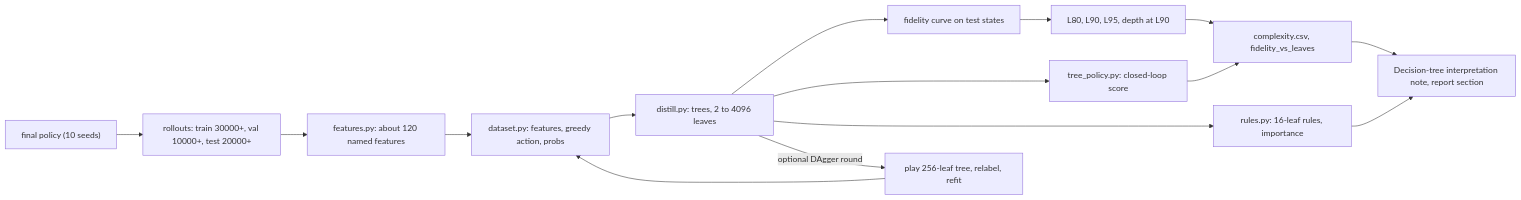
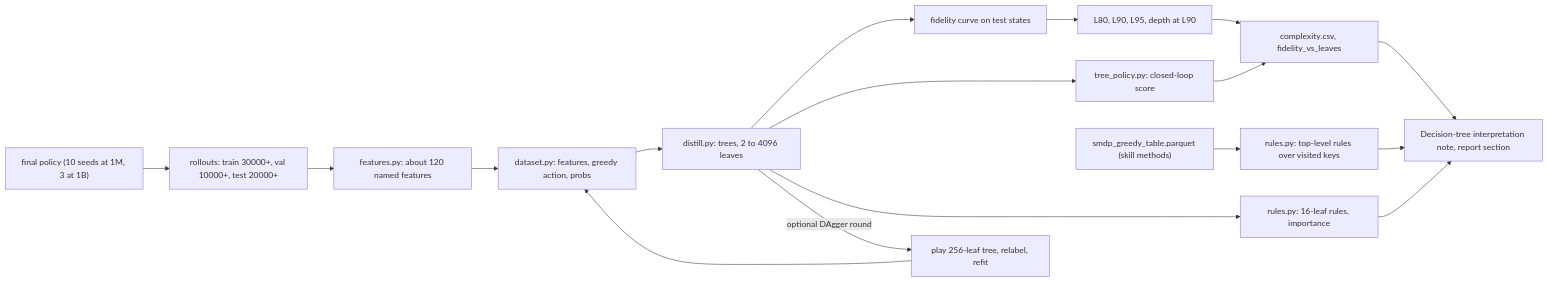
One commit to Pawlo77/rl-craftmax changed the diagram in plans/2026-10-20-craftax-project/2026-10-20-craftax-interpretation-and-ruleset.md. Above: the diagram before and after it, drawn with Mermaid. The commit also changed other lines of this file and 27 other files, not shown here.

````diff
--- a/plans/2026-10-20-craftax-project/2026-10-20-craftax-interpretation-and-ruleset.md
+++ b/plans/2026-10-20-craftax-project/2026-10-20-craftax-interpretation-and-ruleset.md
@@ -25,17 +25,19 @@
 ```mermaid
 flowchart LR
-  P["final policy (10 seeds)"] --> R["rollouts: train 30000+, val 10000+, test 20000+"]
+  P["final policy (10 seeds at 1M, 3 at 1B)"] --> R["rollouts: train 30000+, val 10000+, test 20000+"]
   R --> F["features.py: about 120 named features"]
   F --> D["dataset.py: features, greedy action, probs"]
   D --> G["distill.py: trees, 2 to 4096 leaves"]
   G --> C["fidelity curve on test states"]
   C --> L["L80, L90, L95, depth at L90"]
   G --> TP["tree_policy.py: closed-loop score"]
   G --> RU["rules.py: 16-leaf rules, importance"]
   G -->|"optional DAgger round"| DG["play 256-leaf tree, relabel, refit"]
   DG --> D
   L --> OUT["complexity.csv, fidelity_vs_leaves"]
   TP --> OUT
   RU --> W["Decision-tree interpretation note, report section"]
+  GT["smdp_greedy_table.parquet (skill methods)"] --> TOP["rules.py: top-level rules over visited keys"]
+  TOP --> W
   OUT --> W
 ```
````
